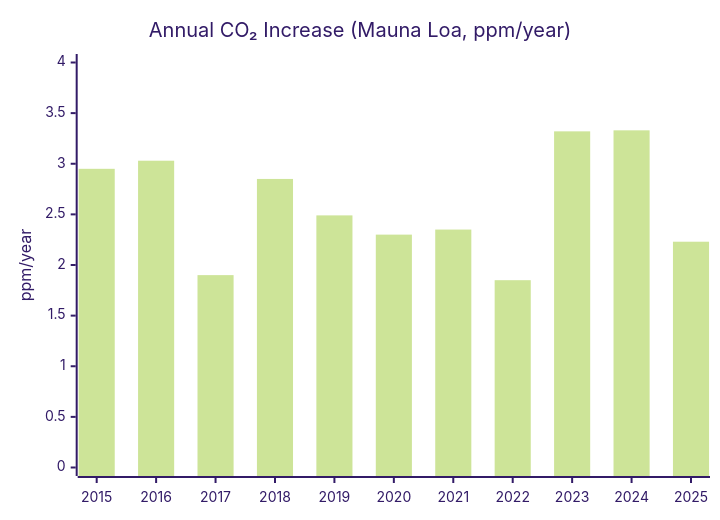
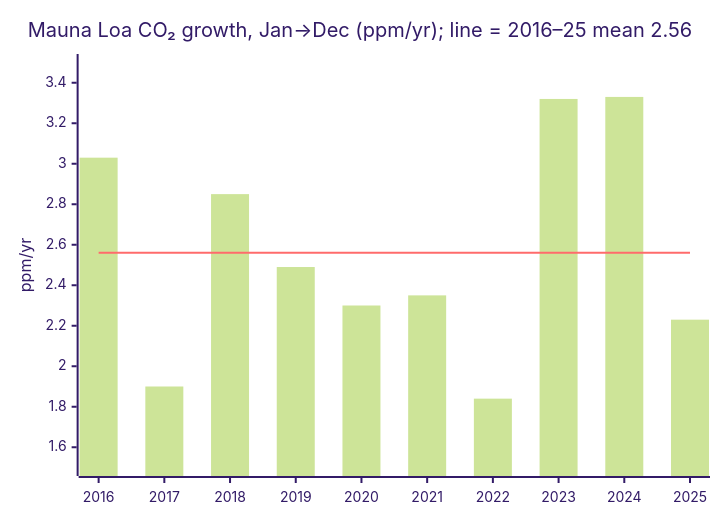
Before and after one commit to pasky/grand-endeavors: the second of 2 diagrams in pilot-26H1/climate.md, drawn with Mermaid (forest theme). The commit also changed other lines of this file, not shown here.

````diff
--- a/pilot-26H1/climate.md
+++ b/pilot-26H1/climate.md
@@ -50,7 +57,8 @@
 ```mermaid
 xychart-beta
-    title "Annual CO₂ Increase (Mauna Loa, ppm/year)"
-    x-axis [2015, 2016, 2017, 2018, 2019, 2020, 2021, 2022, 2023, 2024, 2025]
-    y-axis "ppm/year" 0 --> 4
-    bar [2.95, 3.03, 1.90, 2.85, 2.49, 2.30, 2.35, 1.85, 3.32, 3.33, 2.23]
+    title "Mauna Loa CO₂ growth, Jan→Dec (ppm/yr); line = 2016–25 mean 2.56"
+    x-axis [2016, 2017, 2018, 2019, 2020, 2021, 2022, 2023, 2024, 2025]
+    y-axis "ppm/yr" 1.5 --> 3.5
+    bar [3.03, 1.90, 2.85, 2.49, 2.30, 2.35, 1.84, 3.32, 3.33, 2.23]
+    line [2.56, 2.56, 2.56, 2.56, 2.56, 2.56, 2.56, 2.56, 2.56, 2.56]
 ```
````
